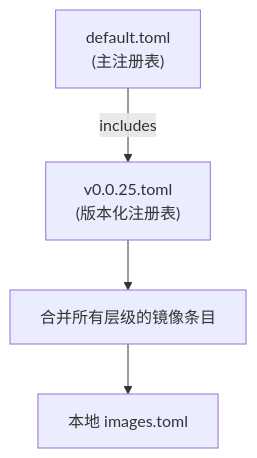
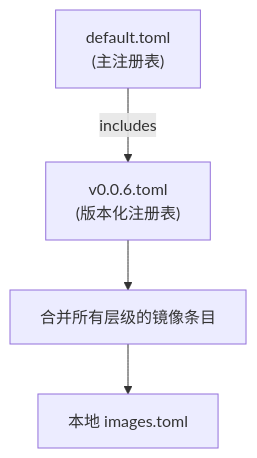
The sixth of 6 diagrams in docs/docs/build/run.md (rcore-os/tgoskits), drawn with Mermaid before and after one commit. The commit also changed other lines of this file and 8 other files, not shown here.

````diff
--- a/docs/docs/build/run.md
+++ b/docs/docs/build/run.md
@@ -384,6 +383,6 @@
 ```mermaid
 flowchart TD
-    A["default.toml<br/>(主注册表)"] -->|includes| B["v0.0.25.toml<br/>(版本化注册表)"]
+    A["default.toml<br/>(主注册表)"] -->|includes| B["v0.0.6.toml<br/>(版本化注册表)"]
     B --> C["合并所有层级的镜像条目"]
     C --> D["本地 images.toml"]
 ```
````
